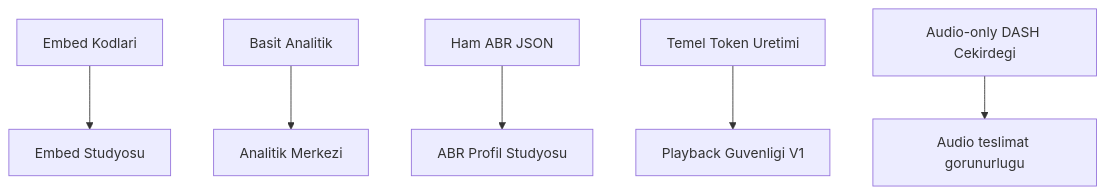
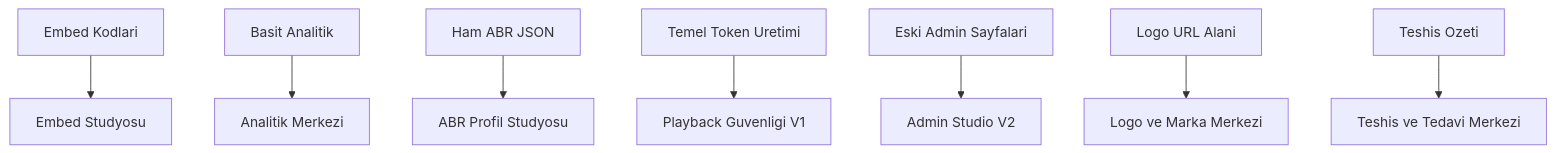
The second of 6 diagrams in yol_haritasi.md (umitaydogan-sys/stream), drawn with Mermaid before and after one commit. The commit also changed other lines of this file and 11 other files, not shown here.

Commit message:
Admin Studio V2 fazini urunlestir

````diff
--- a/yol_haritasi.md
+++ b/yol_haritasi.md
@@ -25,8 +26,10 @@
 ```mermaid
 flowchart TD
     S1[Embed Kodlari] --> S2[Embed Studyosu]
     S3[Basit Analitik] --> S4[Analitik Merkezi]
     S5[Ham ABR JSON] --> S6[ABR Profil Studyosu]
     S7[Temel Token Uretimi] --> S8[Playback Guvenligi V1]
-    S9[Audio-only DASH Cekirdegi] --> S10[Audio teslimat gorunurlugu]
+    S9[Eski Admin Sayfalari] --> S10[Admin Studio V2]
+    S11[Logo URL Alani] --> S12[Logo ve Marka Merkezi]
+    S13[Teshis Ozeti] --> S14[Teshis ve Tedavi Merkezi]
 ```
````
